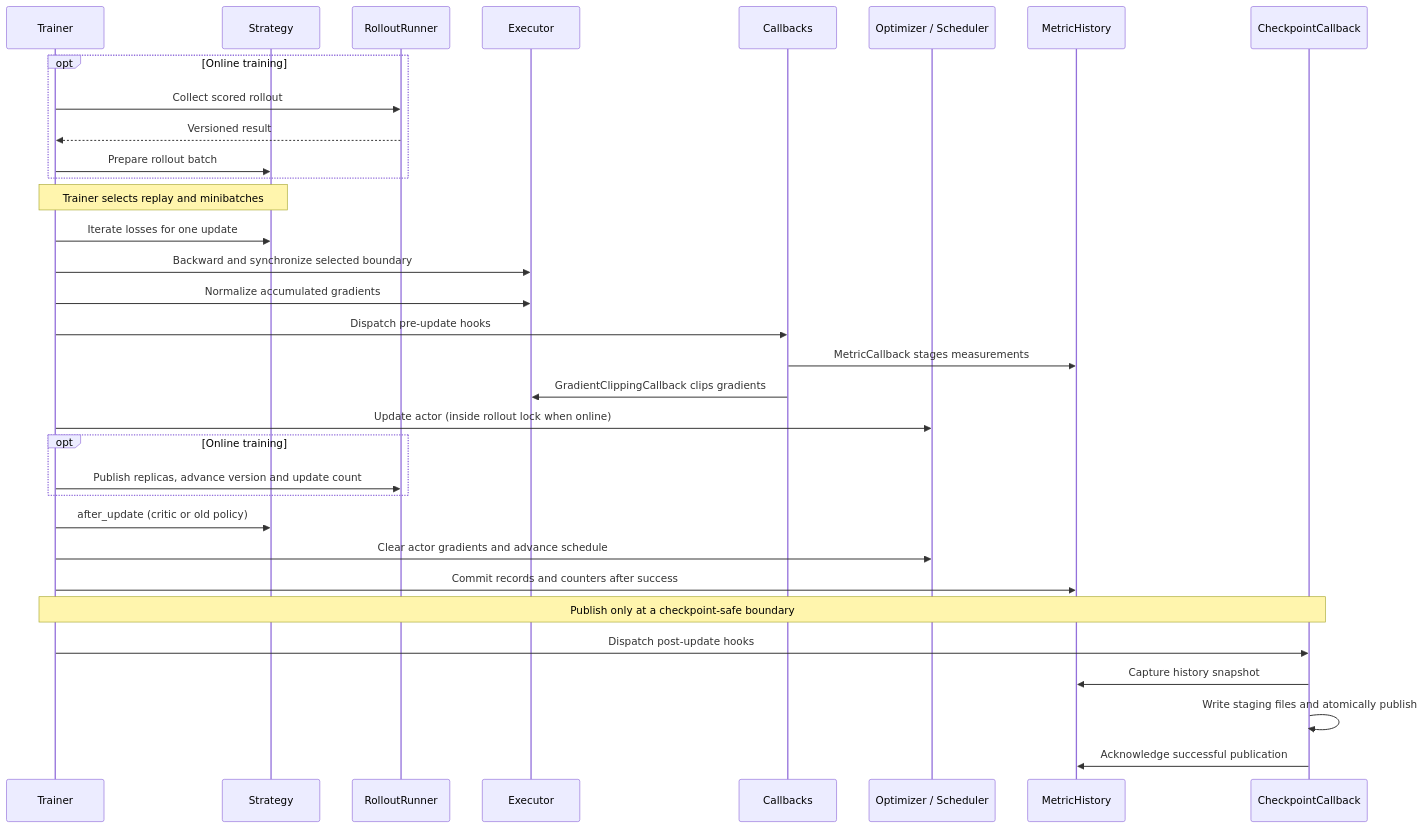
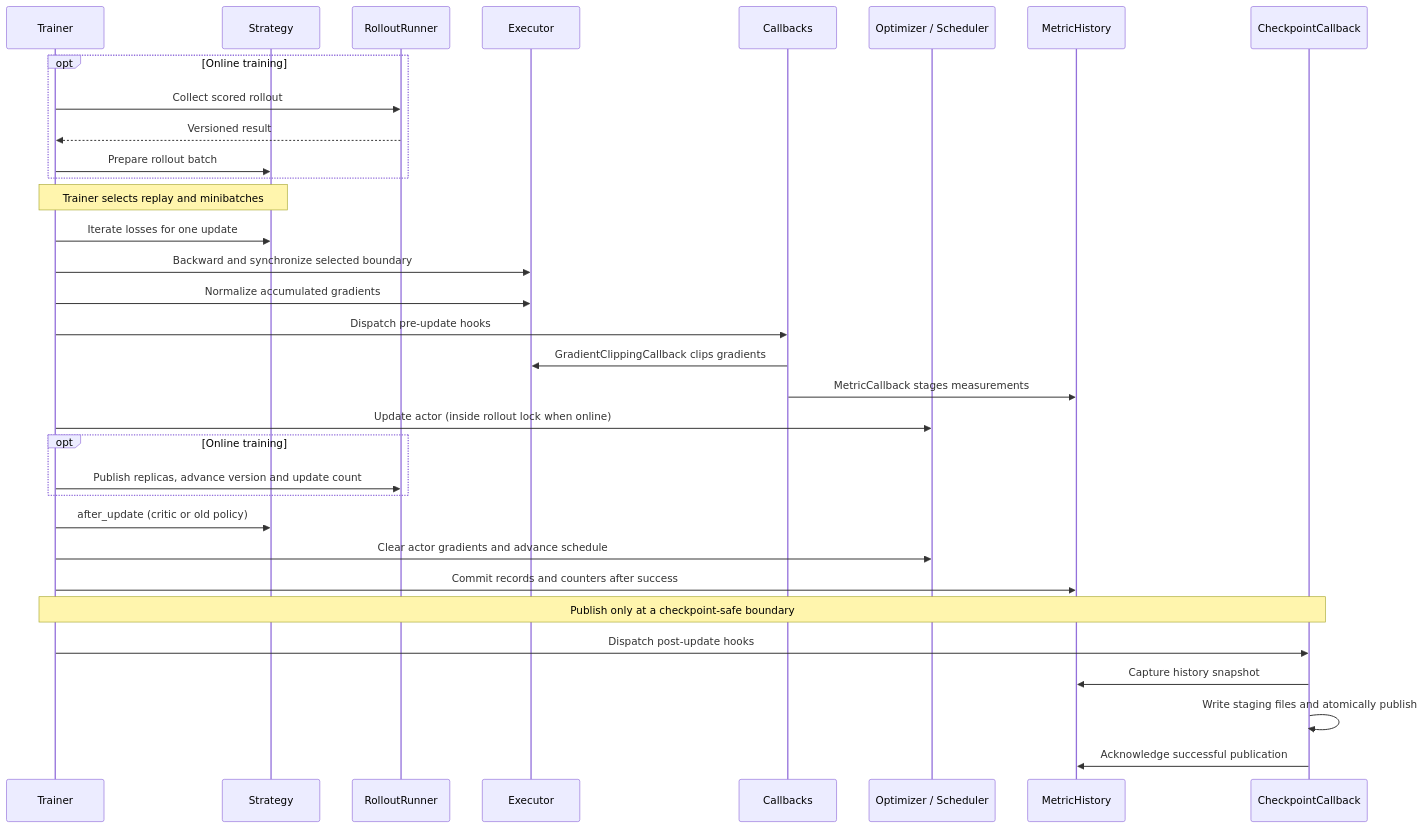
Before and after one commit to ViperEkura/AstrAI: the third of 4 diagrams in docs/developer/architecture.md, drawn with Mermaid. The commit also changed other lines of this file and 17 other files, not shown here.

First line of the commit message:
docs: align architecture and runtime contracts

````diff
--- a/docs/developer/architecture.md
+++ b/docs/developer/architecture.md
@@ -127,35 +163,35 @@
 ```mermaid
 sequenceDiagram
     participant T as Trainer
     participant S as Strategy
     participant R as RolloutRunner
     participant E as Executor
     participant B as Callbacks
     participant O as Optimizer / Scheduler
     participant H as MetricHistory
     participant C as CheckpointCallback
     opt Online training
         T->>R: Collect scored rollout
         R-->>T: Versioned result
         T->>S: Prepare rollout batch
     end
     Note over T,S: Trainer selects replay and minibatches
     T->>S: Iterate losses for one update
     T->>E: Backward and synchronize selected boundary
     T->>E: Normalize accumulated gradients
     T->>B: Dispatch pre-update hooks
+    B->>E: GradientClippingCallback clips gradients
     B->>H: MetricCallback stages measurements
-    B->>E: GradientClippingCallback clips gradients
     T->>O: Update actor (inside rollout lock when online)
     opt Online training
         T->>R: Publish replicas, advance version and update count
     end
     T->>S: after_update (critic or old policy)
     T->>O: Clear actor gradients and advance schedule
     T->>H: Commit records and counters after success
     Note over T,C: Publish only at a checkpoint-safe boundary
     T->>C: Dispatch post-update hooks
     C->>H: Capture history snapshot
     C->>C: Write staging files and atomically publish
     C->>H: Acknowledge successful publication
 ```
````
